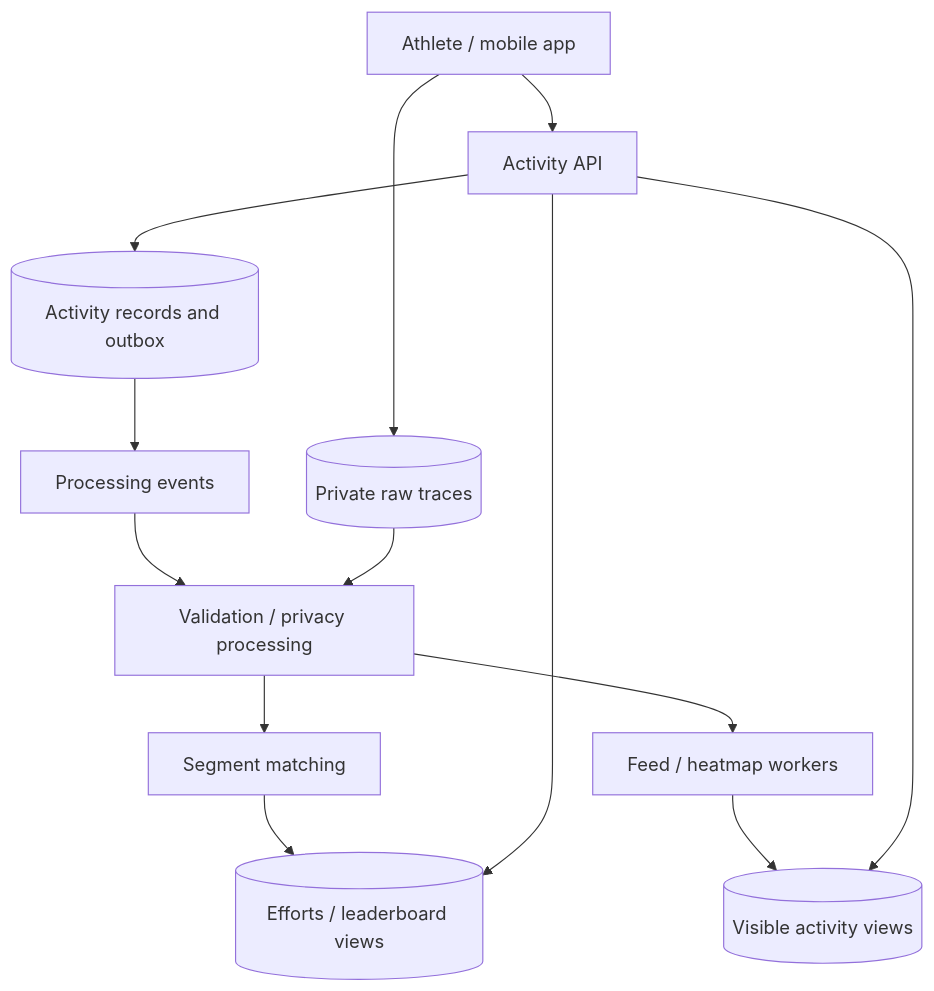
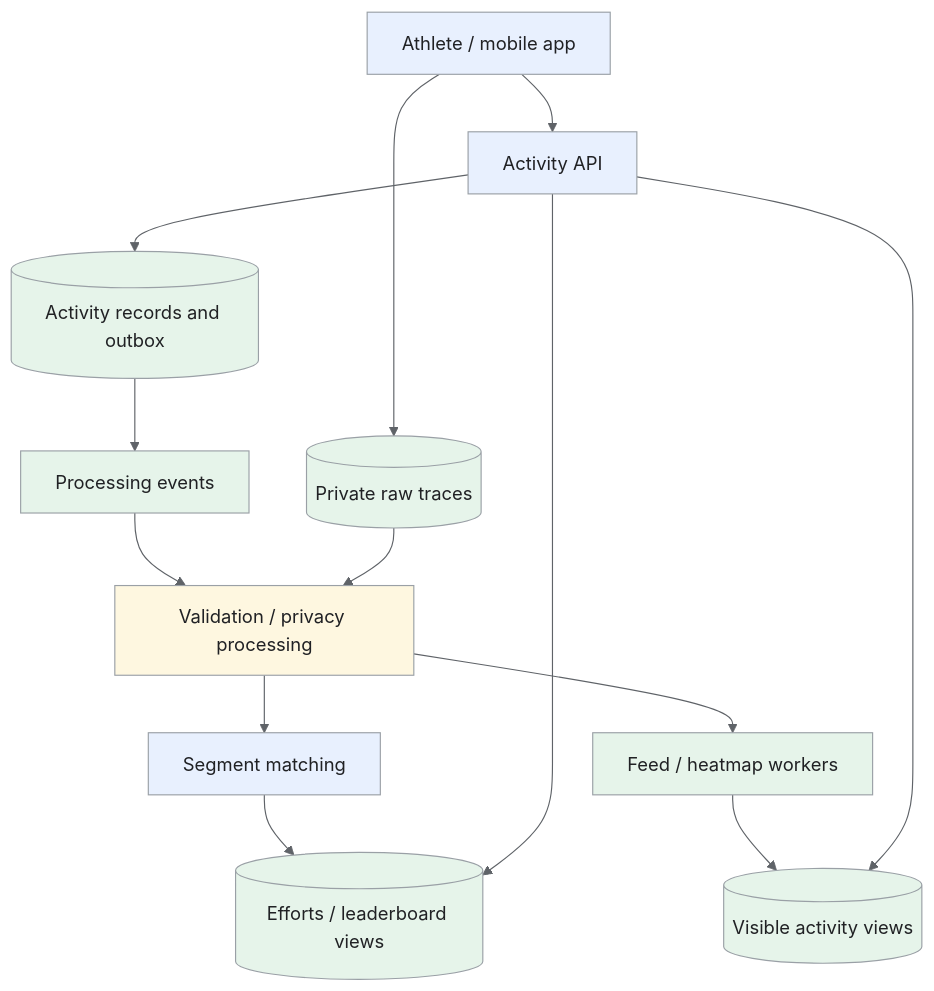
Before and after one commit to iliazlobin/iliazlobin.github.io: the first of 3 diagrams in _designs/system-design-strava.md, drawn with Mermaid. The commit also changed other lines of this file and 25 other files, not shown here.

Commit message:
docs: explain Batch B design flows and tradeoffs

````diff
--- a/_designs/system-design-strava.md
+++ b/_designs/system-design-strava.md
@@ -132,15 +150,23 @@
 ```mermaid
+%%{init: {'theme':'base','themeVariables':{'primaryColor':'#e8f0fe','primaryTextColor':'#202124','primaryBorderColor':'#9aa0a6','lineColor':'#5f6368','secondaryColor':'#e6f4ea','tertiaryColor':'#fef7e0','actorBkg':'#e8f0fe','actorBorder':'#9aa0a6','actorTextColor':'#202124','noteBkgColor':'#fef7e0','noteTextColor':'#202124','noteBorderColor':'#9aa0a6','signalColor':'#5f6368','signalTextColor':'#202124','labelBoxBkgColor':'#fef7e0','labelBoxBorderColor':'#9aa0a6'}}}%%
 flowchart TB
   U["Athlete / mobile app"] --> API["Activity API"]
   U --> RAW[("Private raw traces")]
   API --> DB[("Activity records and outbox")]
   DB --> Q["Processing events"]
   Q --> CLEAN["Validation / privacy processing"]
   RAW --> CLEAN
   CLEAN --> MATCH["Segment matching"]
   MATCH --> VIEWS[("Efforts / leaderboard views")]
   CLEAN --> FEED["Feed / heatmap workers"]
   FEED --> READ[("Visible activity views")]
   API --> VIEWS
   API --> READ
+classDef request fill:#e8f0fe,stroke:#9aa0a6,color:#202124;
+classDef data fill:#e6f4ea,stroke:#9aa0a6,color:#202124;
+classDef control fill:#fef7e0,stroke:#9aa0a6,color:#202124;
+class U,API,MATCH request;
+class RAW,DB,Q,VIEWS,FEED,READ data;
+class CLEAN control;
+
 ```
````
